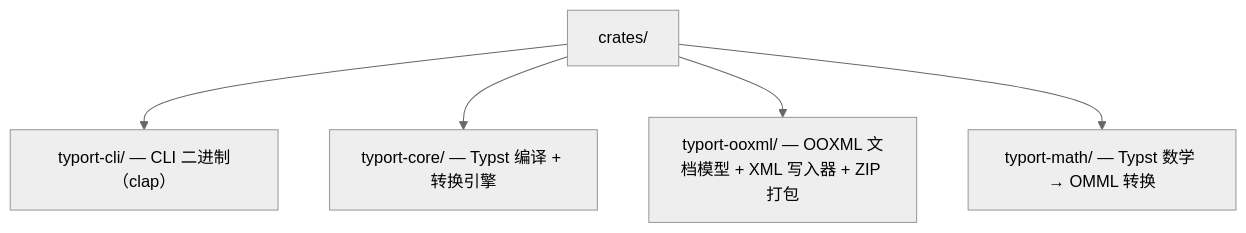
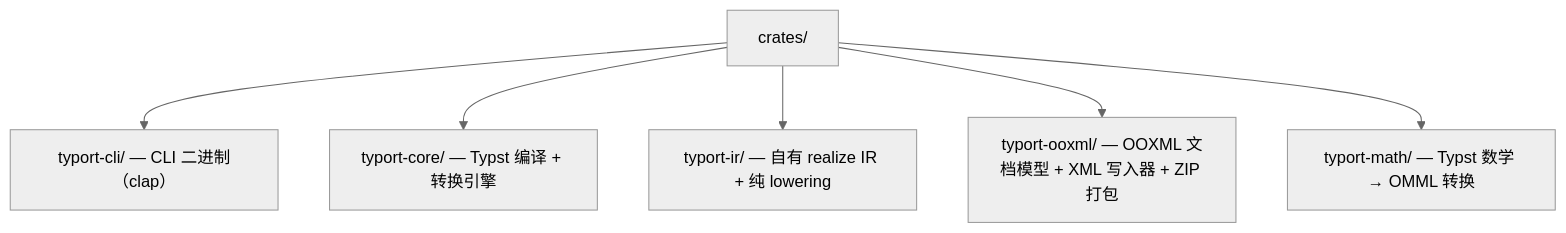
Before and after one commit to kwadraten/tydocx: the second of 2 diagrams in README.zh-CN.md, drawn with Mermaid (neutral theme). The commit also changed other lines of this file and 42 other files, not shown here.

````diff
--- a/README.zh-CN.md
+++ b/README.zh-CN.md
@@ -76,7 +76,8 @@
 ```mermaid
 flowchart TD
     CRATES["crates/"] --> CLI["typort-cli/ — CLI 二进制（clap）"]
     CRATES --> CORE["typort-core/ — Typst 编译 + 转换引擎"]
+    CRATES --> IR["typort-ir/ — 自有 realize IR + 纯 lowering"]
     CRATES --> OOXML["typort-ooxml/ — OOXML 文档模型 + XML 写入器 + ZIP 打包"]
     CRATES --> MATH["typort-math/ — Typst 数学 → OMML 转换"]
 ```
````
